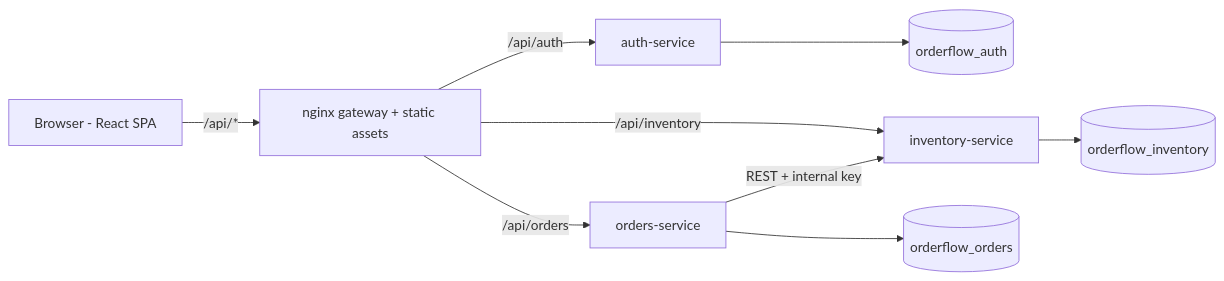
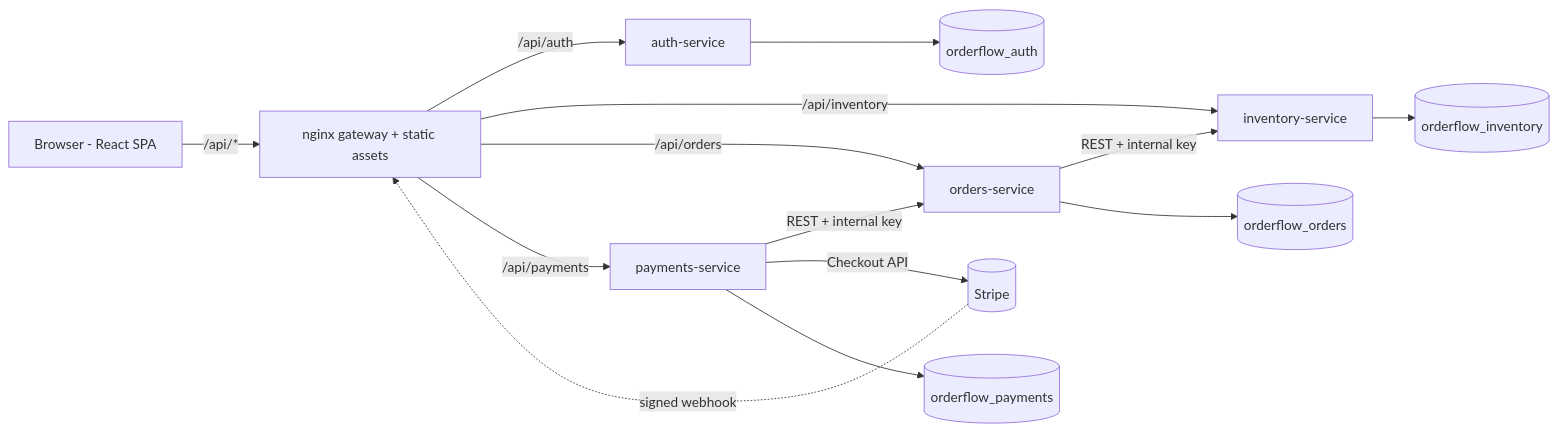
One commit to LokeshSivaprakash/orderflow changed the diagram in docs/ARCHITECTURE.md. Above: the diagram before and after it, drawn with Mermaid. The commit also changed other lines of this file and 50 other files, not shown here.

First line of the commit message:
Add Stripe Checkout payments (test mode) via new payments service

````diff
--- a/docs/ARCHITECTURE.md
+++ b/docs/ARCHITECTURE.md
@@ -3,11 +3,16 @@
 ```mermaid
 flowchart LR
   B[Browser - React SPA] -->|/api/*| G[nginx gateway + static assets]
   G -->|/api/auth| A[auth-service]
   G -->|/api/inventory| I[inventory-service]
   G -->|/api/orders| O[orders-service]
   O -->|REST + internal key| I
+  G -->|/api/payments| P[payments-service]
+  P -->|REST + internal key| O
+  P -->|Checkout API| S[(Stripe)]
+  S -.->|signed webhook| G
+  P --> DP[(orderflow_payments)]
   A --> DA[(orderflow_auth)]
   I --> DI[(orderflow_inventory)]
   O --> DO[(orderflow_orders)]
 ```
````
